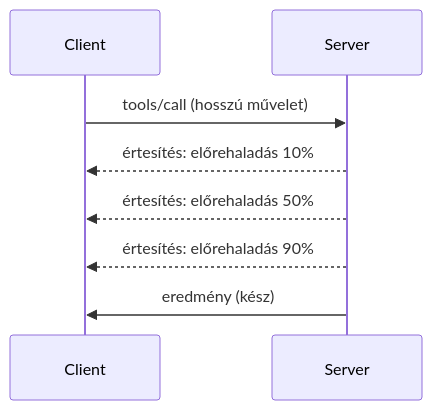
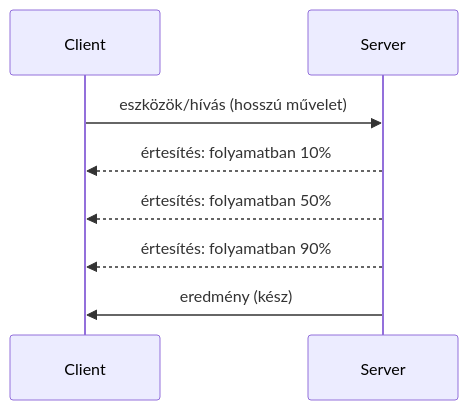
The diagram in mcp_ecosystem__model_context_protocol/mcp_learning_resources/mcp-for-beginners/translations/hu/05-AdvancedTopics/mcp-protocol-features/README.md (HIDORAKAI002/ai-workspace-archive), drawn with Mermaid before and after one commit. The commit also changed other lines of this file and 1046 other files, not shown here.

````diff
--- a/mcp_ecosystem__model_context_protocol/mcp_learning_resources/mcp-for-beginners/translations/hu/05-AdvancedTopics/mcp-protocol-features/README.md
+++ b/mcp_ecosystem__model_context_protocol/mcp_learning_resources/mcp-for-beginners/translations/hu/05-AdvancedTopics/mcp-protocol-features/README.md
@@ -22,11 +24,11 @@
 ```mermaid
 sequenceDiagram
     participant Client
     participant Server
     
-    Client->>Server: tools/call (hosszú művelet)
-    Server-->>Client: értesítés: előrehaladás 10%
-    Server-->>Client: értesítés: előrehaladás 50%
-    Server-->>Client: értesítés: előrehaladás 90%
+    Client->>Server: eszközök/hívás (hosszú művelet)
+    Server-->>Client: értesítés: folyamatban 10%
+    Server-->>Client: értesítés: folyamatban 50%
+    Server-->>Client: értesítés: folyamatban 90%
     Server->>Client: eredmény (kész)
 ```
````
